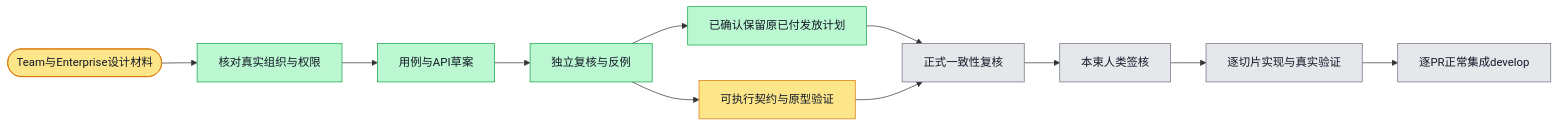
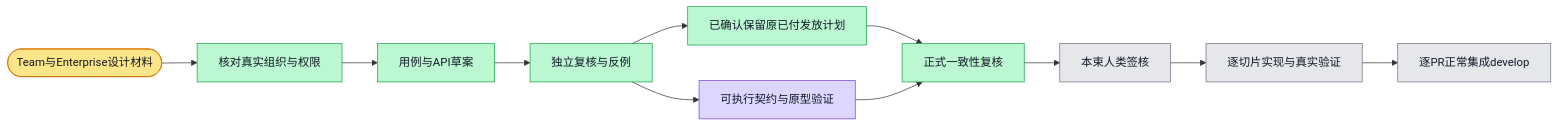
One commit to boardx/workspacex changed the diagram in phases/phase-21-billing-payment/design-deltas/team-enterprise-v1/execution-plan.md. Above: the diagram before and after it, drawn with Mermaid. The commit also changed 7 other files, not shown here.

````diff
--- a/phases/phase-21-billing-payment/design-deltas/team-enterprise-v1/execution-plan.md
+++ b/phases/phase-21-billing-payment/design-deltas/team-enterprise-v1/execution-plan.md
@@ -5,30 +5,30 @@
 ```mermaid
 flowchart LR
  G([Team与Enterprise设计材料]) --> S1[核对真实组织与权限]
  S1 --> S2[用例与API草案]
  S2 --> S3[独立复核与反例]
  S3 --> B1[已确认保留原已付发放计划]
  S3 --> S4[可执行契约与原型验证]
  B1 --> S5[正式一致性复核]
  S4 --> S5
  S5 --> S6[本束人类签核]
  S6 --> S7[逐切片实现与真实验证]
  S7 --> S8[逐PR正常集成develop]
  classDef todo fill:#e5e7eb,stroke:#6b7280,color:#111827
  classDef doing fill:#fde68a,stroke:#d97706,color:#111827
  classDef done fill:#bbf7d0,stroke:#16a34a,color:#111827
  classDef tested fill:#ddd6fe,stroke:#7c3aed,color:#111827
  classDef blocked fill:#fecaca,stroke:#dc2626,color:#111827
  class G doing
  class S1 done
  class S2 done
  class S3 done
  class B1 done
  %% evidence B1: human-decisions.md; explicit user reply on 2026-11-02
- class S4 doing
+ class S4 tested
  %% evidence S4: calendar/core132, contracts1386, UI65, API/PG94; platform proposal complete; three independent UI review gaps fixed and under final verification
- class S5 todo
+ class S5 done
  class S6 todo
  class S7 todo
  class S8 todo
 ```
````
